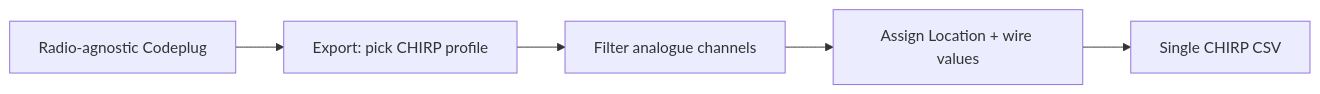
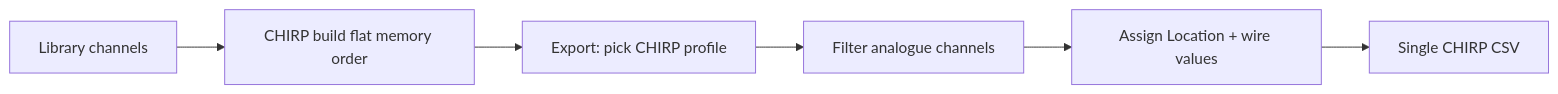
One commit to pskillen/codeplug-studio changed the diagram in docs/reference/chirp/radios/README.md. Above: the diagram before and after it, drawn with Mermaid. The commit also changed other lines of this file and 7 other files, not shown here.

````diff
--- a/docs/reference/chirp/radios/README.md
+++ b/docs/reference/chirp/radios/README.md
@@ -17,12 +17,14 @@
 ```mermaid
 flowchart LR
-  Model["Radio-agnostic Codeplug"]
+  Library["Library channels"]
+  Build["CHIRP build flat memory order"]
   Picker["Export: pick CHIRP profile"]
   Filter["Filter analogue channels"]
   Serialise["Assign Location + wire values"]
   CSV["Single CHIRP CSV"]
-  Model --> Picker
+  Library --> Build
+  Build --> Picker
   Picker --> Filter
   Filter --> Serialise
   Serialise --> CSV
 ```
````
